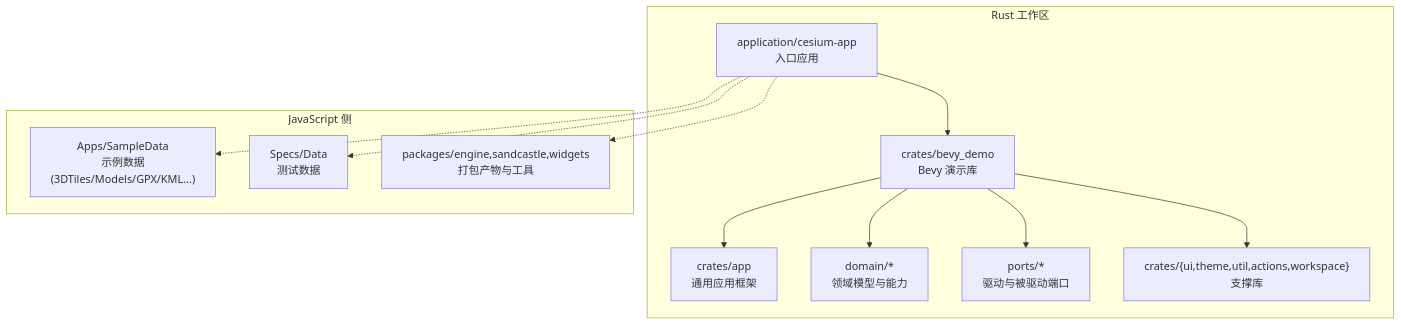
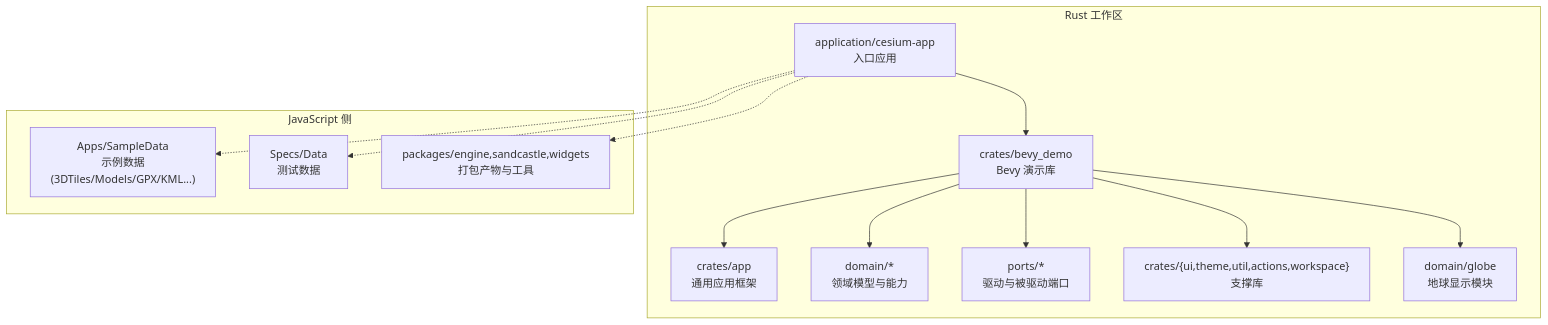
Before and after one commit to rzhangjing/cesium: the first of 6 diagrams in .qoder/repowiki/zh/content/示例教程/Bevy游戏引擎集成示例.md, drawn with Mermaid. The commit also changed other lines of this file and 178 other files, not shown here.

````diff
--- a/.qoder/repowiki/zh/content/示例教程/Bevy游戏引擎集成示例.md
+++ b/.qoder/repowiki/zh/content/示例教程/Bevy游戏引擎集成示例.md
@@ -47,24 +57,26 @@
 ```mermaid
 graph TB
 subgraph "Rust 工作区"
 A["application/cesium-app<br/>入口应用"]
 B["crates/bevy_demo<br/>Bevy 演示库"]
 C["crates/app<br/>通用应用框架"]
 D["domain/*<br/>领域模型与能力"]
 E["ports/*<br/>驱动与被驱动端口"]
 F["crates/{ui,theme,util,actions,workspace}<br/>支撑库"]
+G["domain/globe<br/>地球显示模块"]
 end
 subgraph "JavaScript 侧"
-G["Apps/SampleData<br/>示例数据(3DTiles/Models/GPX/KML...)"]
-H["Specs/Data<br/>测试数据"]
-I["packages/engine,sandcastle,widgets<br/>打包产物与工具"]
+H["Apps/SampleData<br/>示例数据(3DTiles/Models/GPX/KML...)"]
+I["Specs/Data<br/>测试数据"]
+J["packages/engine,sandcastle,widgets<br/>打包产物与工具"]
 end
 A --> B
 B --> C
 B --> D
 B --> E
 B --> F
-A -.-> G
+B --> G
 A -.-> H
 A -.-> I
+A -.-> J
 ```
````
